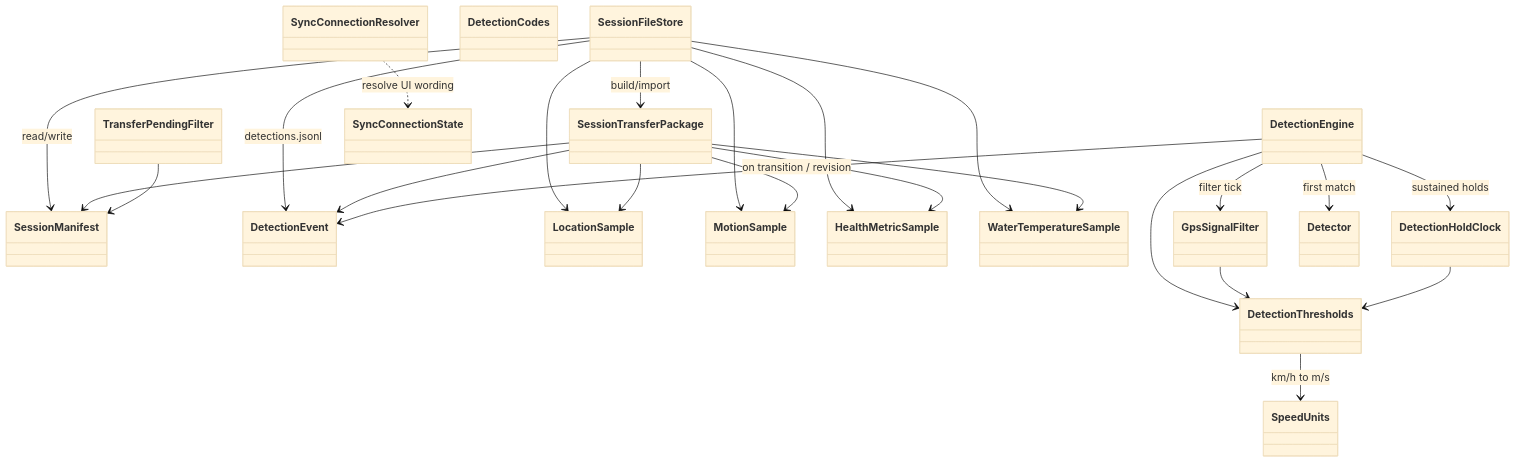
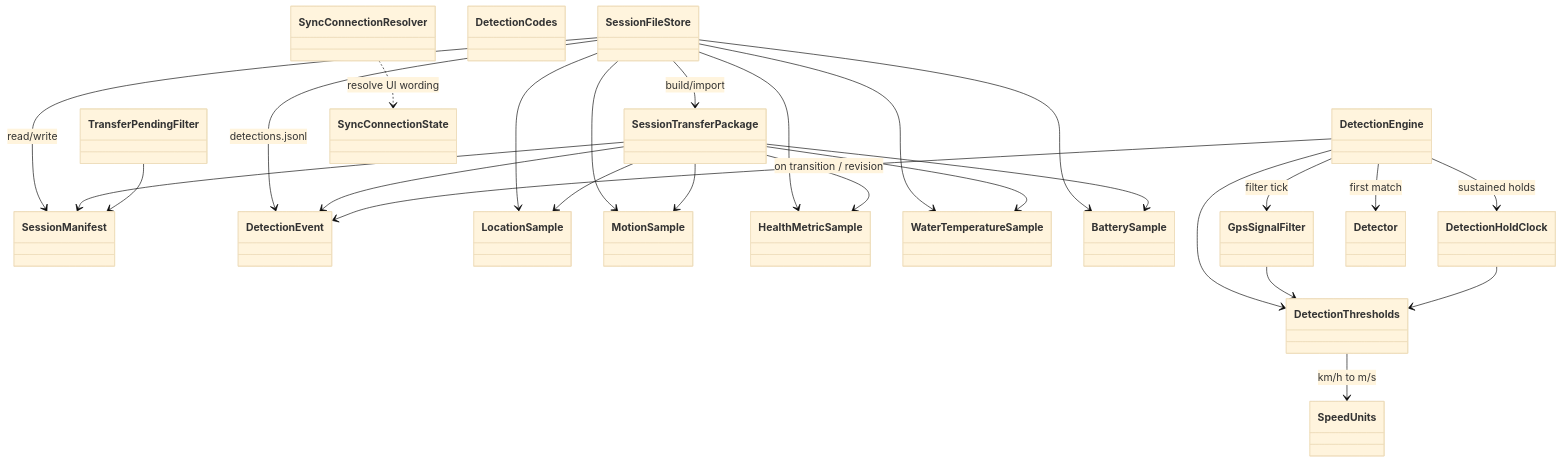
One commit to DCSBL/rppl changed the first of 3 diagrams in RpplCore/DESIGN.md. Above: the diagram before and after it, drawn with Mermaid (base theme). The commit also changed other lines of this file and 25 other files, not shown here.

First line of the commit message:
feat(watch): log battery fraction stream for session-viewer

````diff
--- a/RpplCore/DESIGN.md
+++ b/RpplCore/DESIGN.md
@@ -9,49 +9,52 @@
 ```mermaid
 classDiagram
   direction TB
 
   class SessionManifest
   class DetectionEvent
   class LocationSample
   class MotionSample
   class HealthMetricSample
   class WaterTemperatureSample
+  class BatterySample
   class SessionTransferPackage
   class SessionFileStore
   class DetectionCodes
   class TransferPendingFilter
   class SyncConnectionResolver
   class DetectionEngine
   class GpsSignalFilter
   class DetectionHoldClock
   class Detector
   class DetectionThresholds
   class SpeedUnits
 
   SessionFileStore --> SessionManifest : read/write
   SessionFileStore --> DetectionEvent : detections.jsonl
   SessionFileStore --> LocationSample
   SessionFileStore --> MotionSample
   SessionFileStore --> HealthMetricSample
   SessionFileStore --> WaterTemperatureSample
+  SessionFileStore --> BatterySample
   SessionFileStore --> SessionTransferPackage : build/import
 
   SessionTransferPackage --> SessionManifest
   SessionTransferPackage --> DetectionEvent
   SessionTransferPackage --> LocationSample
   SessionTransferPackage --> MotionSample
   SessionTransferPackage --> HealthMetricSample
   SessionTransferPackage --> WaterTemperatureSample
+  SessionTransferPackage --> BatterySample
 
   DetectionEngine --> GpsSignalFilter : filter tick
   DetectionEngine --> DetectionHoldClock : sustained holds
   DetectionEngine --> Detector : first match
   DetectionEngine --> DetectionEvent : on transition / revision
   DetectionEngine --> DetectionThresholds
   GpsSignalFilter --> DetectionThresholds
   DetectionHoldClock --> DetectionThresholds
   DetectionThresholds --> SpeedUnits : km/h to m/s
 
   SyncConnectionResolver ..> SyncConnectionState : resolve UI wording
   TransferPendingFilter --> SessionManifest
 ```
````
